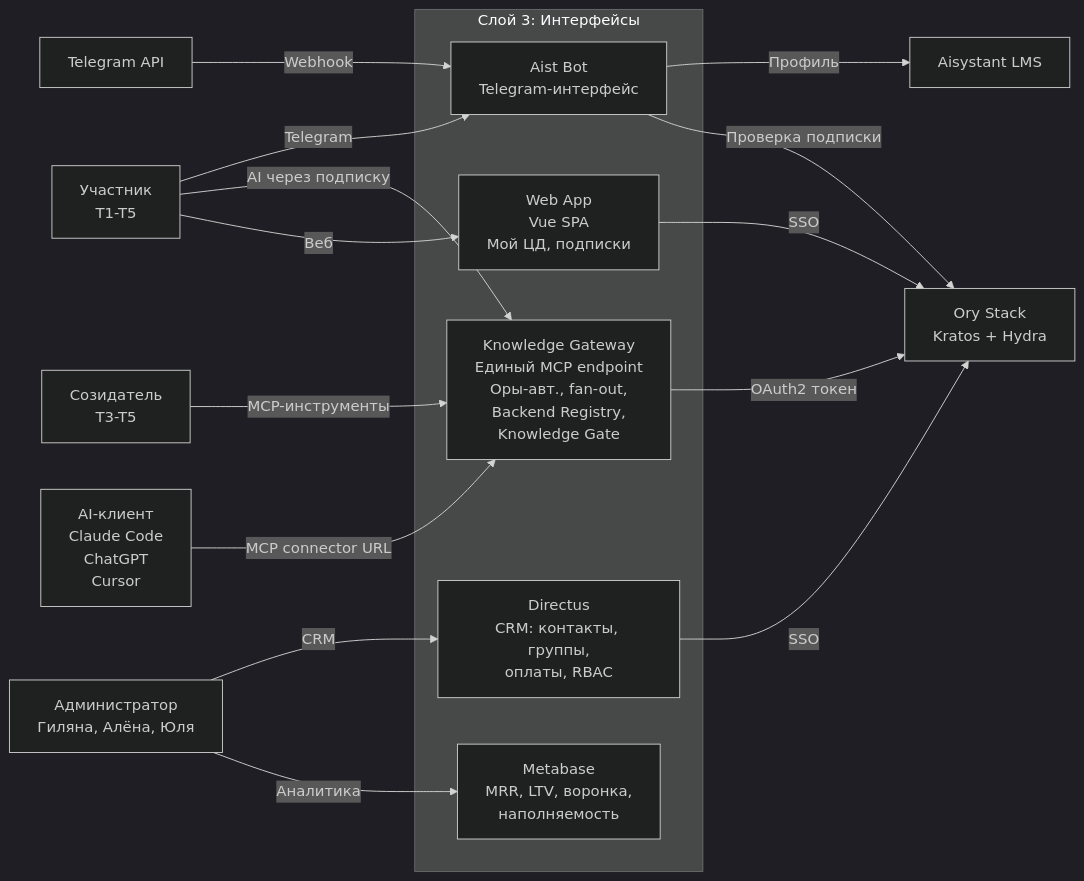
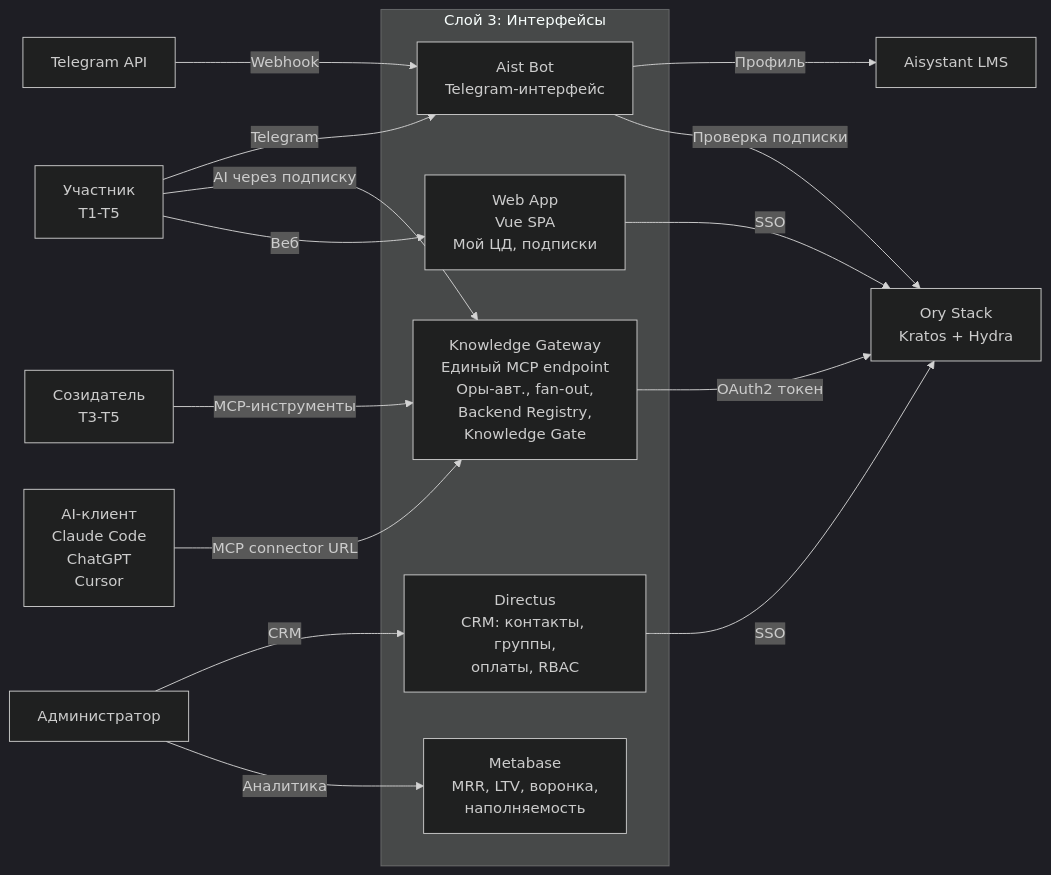
The third of 5 diagrams in C.IT-Platform/C2.IT-Platform/C2.2.Architecture/Stack-and-Infrastructure/c4-platform.md (TserenTserenov/DS-ecosystem-development), drawn with Mermaid (dark theme) before and after one commit.

Commit message:
fix: убрать имена сотрудников из C4 L2-a (публичная версия)

````diff
--- a/C.IT-Platform/C2.IT-Platform/C2.2.Architecture/Stack-and-Infrastructure/c4-platform.md
+++ b/C.IT-Platform/C2.IT-Platform/C2.2.Architecture/Stack-and-Infrastructure/c4-platform.md
@@ -124,34 +124,34 @@
 ```mermaid
 flowchart LR
     learner["Участник\nT1-T5"]
     creator["Созидатель\nT3-T5"]
-    admin["Администратор\nГиляна, Алёна, Юля"]
+    admin["Администратор"]
     ai_client["AI-клиент\nClaude Code\nChatGPT\nCursor"]
 
     subgraph interfaces ["Слой 3: Интерфейсы"]
         bot["Aist Bot\nTelegram-интерфейс"]
         gateway["Knowledge Gateway\nЕдиный MCP endpoint\nОры-авт., fan-out,\nBackend Registry,\nKnowledge Gate"]
         webapp["Web App\nVue SPA\nМой ЦД, подписки"]
         directus["Directus\nCRM: контакты, группы,\nоплаты, RBAC"]
         metabase["Metabase\nMRR, LTV, воронка,\nнаполняемость"]
     end
 
     ory["Ory Stack\nKratos + Hydra"]
     lms["Aisystant LMS"]
     telegram["Telegram API"]
 
     learner -- "Telegram" --> bot
     learner -- "AI через подписку" --> gateway
     learner -- "Веб" --> webapp
     creator -- "MCP-инструменты" --> gateway
     admin -- "CRM" --> directus
     admin -- "Аналитика" --> metabase
     ai_client -- "MCP connector URL" --> gateway
 
     telegram -- "Webhook" --> bot
     bot -- "Профиль" --> lms
     bot -- "Проверка подписки" --> ory
     gateway -- "OAuth2 токен" --> ory
     webapp -- "SSO" --> ory
     directus -- "SSO" --> ory
 ```
````
